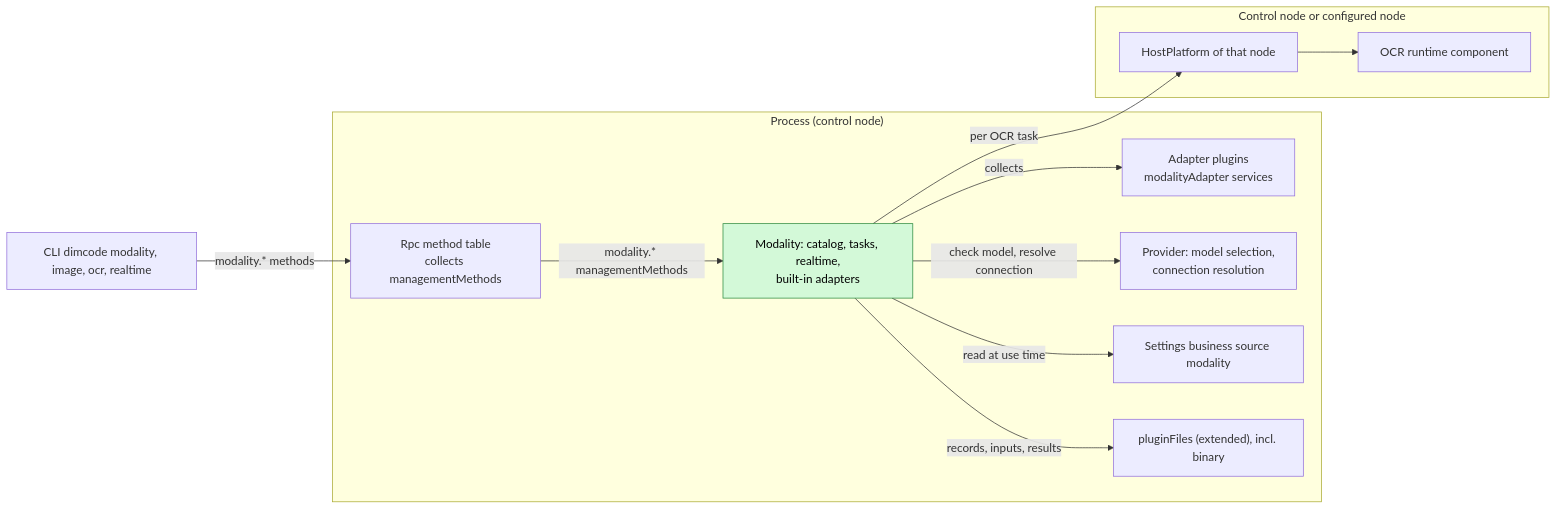
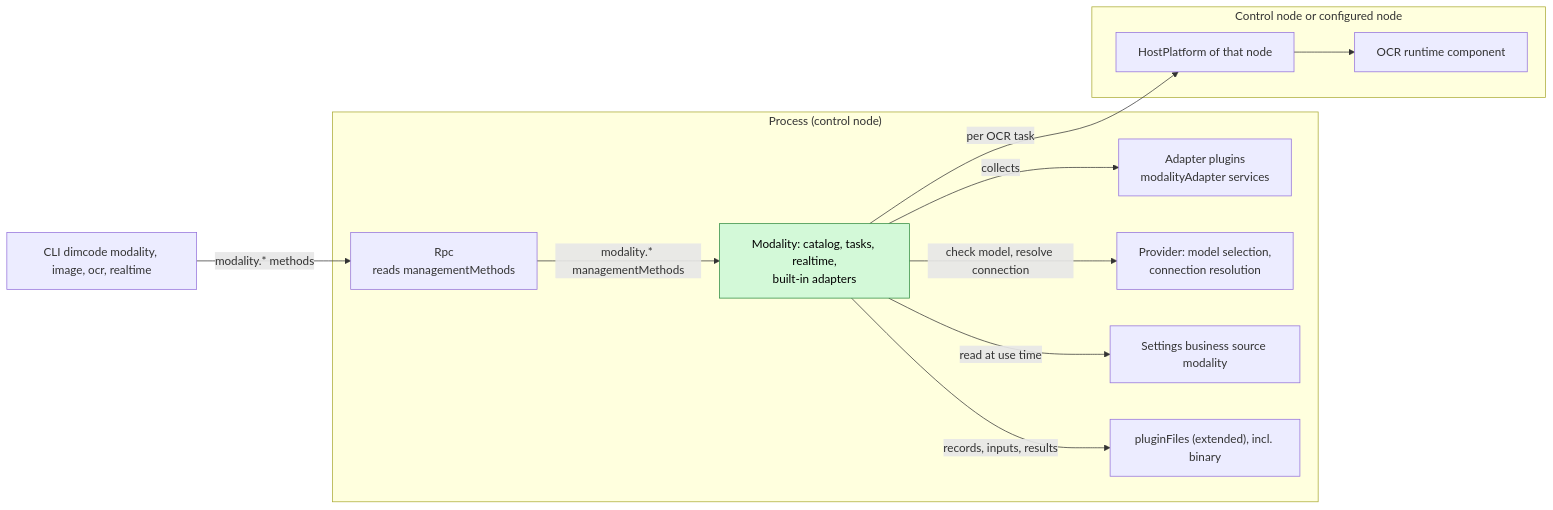
The first of 6 diagrams in docs/design/plugins/Modality.md (CoutinhoTTS/dim-agent), drawn with Mermaid before and after one commit. The commit also changed other lines of this file and 163 other files, not shown here.

````diff
--- a/docs/design/plugins/Modality.md
+++ b/docs/design/plugins/Modality.md
@@ -13,25 +13,25 @@
 ```mermaid
 flowchart LR
   subgraph PROC["Process (control node)"]
     Mod["Modality: catalog, tasks, realtime,<br/>built-in adapters"]:::new
     AdPlug["Adapter plugins<br/>modalityAdapter services"]
-    Rpc["Rpc method table<br/>collects managementMethods"]
+    Rpc["Rpc<br/>reads managementMethods"]
     Prov["Provider: model selection,<br/>connection resolution"]
     Set["Settings business source modality"]
     Store["pluginFiles (extended), incl. binary"]
   end
   subgraph NODE["Control node or configured node"]
     HP["HostPlatform of that node"]
     OCR["OCR runtime component"]
   end
   CLI["CLI dimcode modality, image, ocr, realtime"]
   Mod -->|"collects"| AdPlug
   Mod -->|"per OCR task"| HP
   HP --> OCR
   Mod -->|"check model, resolve connection"| Prov
   Mod -->|"records, inputs, results"| Store
   Mod -->|"read at use time"| Set
   Rpc -->|"modality.* managementMethods"| Mod
   CLI -->|"modality.* methods"| Rpc
   classDef new fill:#d3f9d8,stroke:#2b8a3e,color:#000
 ```
````
